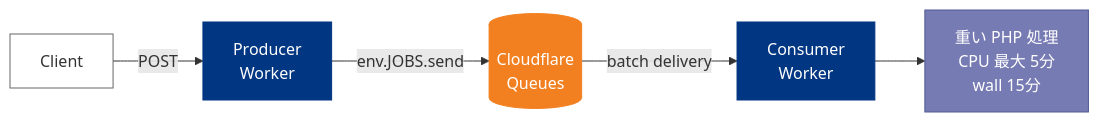
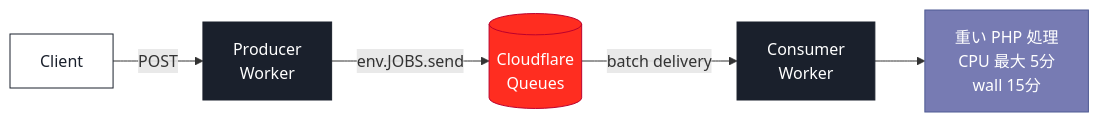
One commit to SuguruOoki/cloudflare-php-demo changed the diagram in slides/diagrams/queue-pattern.mmd. Above: the diagram before and after it, drawn with Mermaid. The commit also changed 11 other files, not shown here.

```diff
--- a/slides/diagrams/queue-pattern.mmd
+++ b/slides/diagrams/queue-pattern.mmd
@@ -1,14 +1,14 @@
 flowchart LR
     C[Client] -->|POST| PW[Producer<br/>Worker]
     PW -->|env.JOBS.send| CFQ[(Cloudflare<br/>Queues)]
     CFQ -->|batch delivery| CW[Consumer<br/>Worker]
     CW --> PHP["重い PHP 処理<br/>CPU 最大 5分<br/>wall 15分"]
 
-    classDef client fill:#fff,stroke:#666
-    classDef edge fill:#003682,stroke:#003682,color:#fff
-    classDef q fill:#F38020,stroke:#F38020,color:#fff
+    classDef client fill:#fff,stroke:#1A202C,color:#1A202C
+    classDef edge fill:#1A202C,stroke:#1A202C,color:#fff
+    classDef q fill:#FF2D20,stroke:#BC002D,color:#fff
     classDef php fill:#777bb3,stroke:#4f5b93,color:#fff
     class C client
     class PW,CW edge
     class CFQ q
     class PHP php
```
